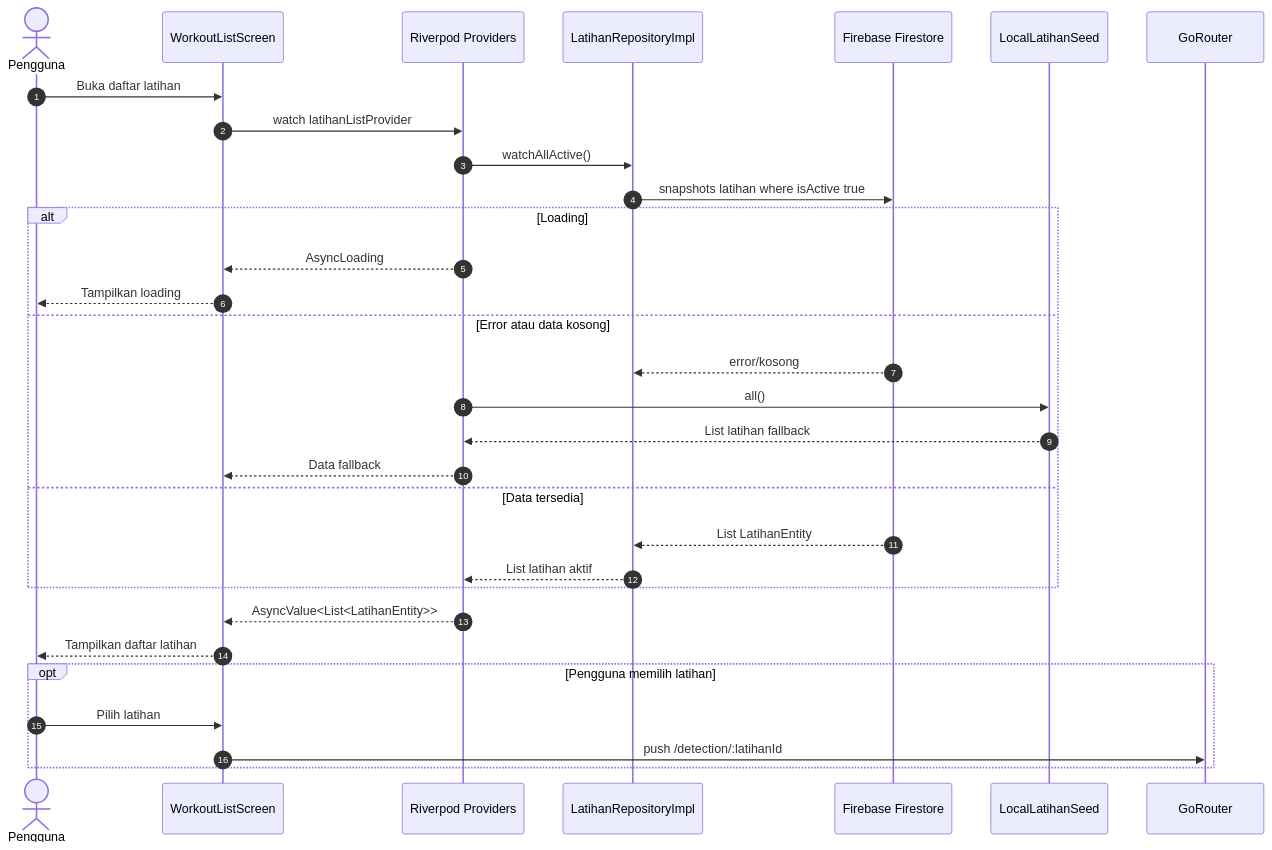
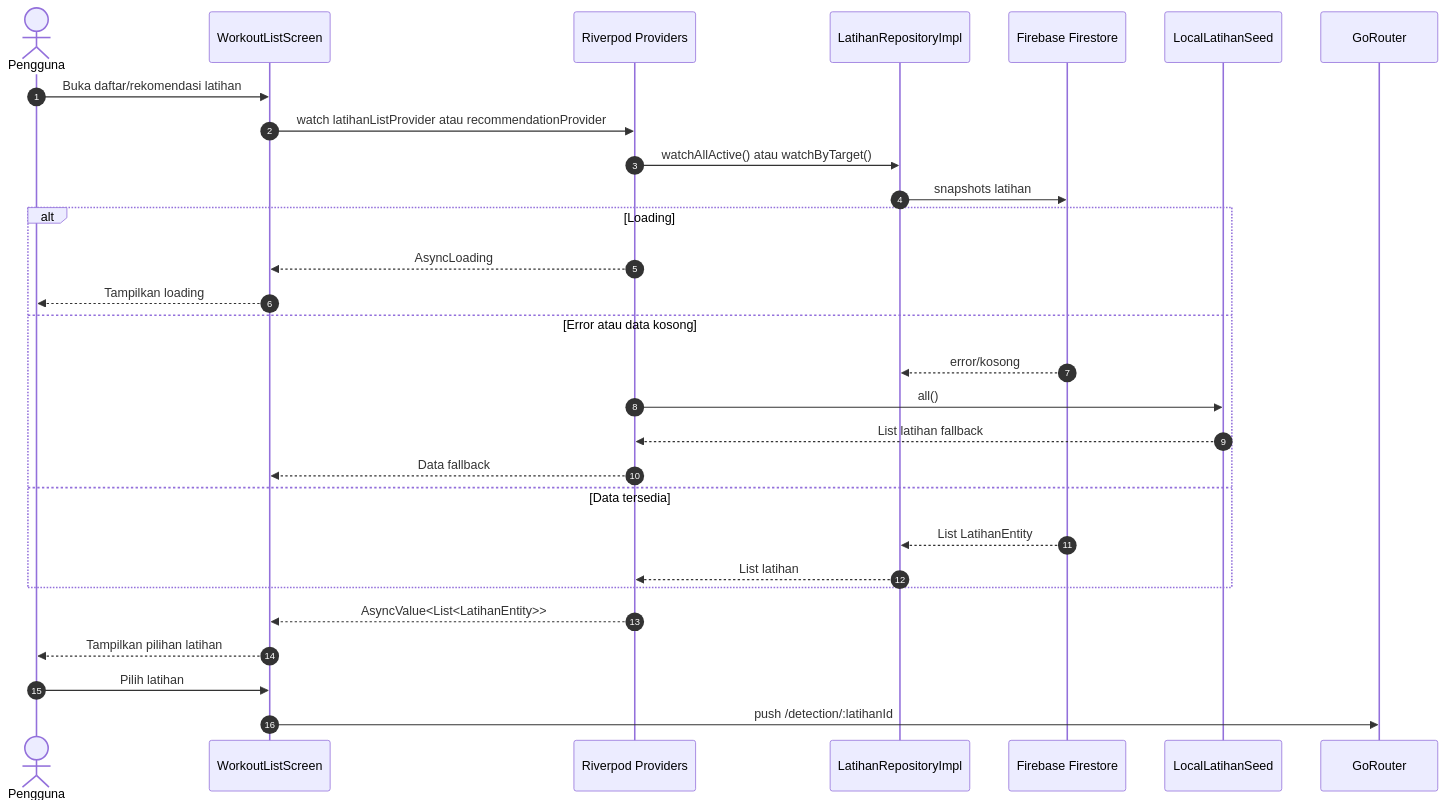
One commit to arifrachmatdx/Kinetra changed diagram 20 of 24 in docs/uml.md. Above: the diagram before and after it, drawn with Mermaid. The commit also changed other lines of this file and 1 other file, not shown here.

Commit message:
docs: align UML diagrams with requested use cases

````diff
--- a/docs/uml.md
+++ b/docs/uml.md
@@ -1025,34 +1051,32 @@
 ```mermaid
 sequenceDiagram
     autonumber
     actor User as Pengguna
     participant WorkoutList as WorkoutListScreen
     participant Providers as Riverpod Providers
     participant LatihanRepo as LatihanRepositoryImpl
     participant Firestore as Firebase Firestore
     participant LocalSeed as LocalLatihanSeed
     participant Router as GoRouter
 
-    User->>WorkoutList: Buka daftar latihan
-    WorkoutList->>Providers: watch latihanListProvider
-    Providers->>LatihanRepo: watchAllActive()
-    LatihanRepo->>Firestore: snapshots latihan where isActive true
+    User->>WorkoutList: Buka daftar/rekomendasi latihan
+    WorkoutList->>Providers: watch latihanListProvider atau recommendationProvider
+    Providers->>LatihanRepo: watchAllActive() atau watchByTarget()
+    LatihanRepo->>Firestore: snapshots latihan
     alt Loading
         Providers-->>WorkoutList: AsyncLoading
         WorkoutList-->>User: Tampilkan loading
     else Error atau data kosong
         Firestore-->>LatihanRepo: error/kosong
         Providers->>LocalSeed: all()
         LocalSeed-->>Providers: List latihan fallback
         Providers-->>WorkoutList: Data fallback
     else Data tersedia
         Firestore-->>LatihanRepo: List LatihanEntity
-        LatihanRepo-->>Providers: List latihan aktif
+        LatihanRepo-->>Providers: List latihan
     end
     Providers-->>WorkoutList: AsyncValue<List<LatihanEntity>>
-    WorkoutList-->>User: Tampilkan daftar latihan
-    opt Pengguna memilih latihan
-        User->>WorkoutList: Pilih latihan
-        WorkoutList->>Router: push /detection/:latihanId
-    end
+    WorkoutList-->>User: Tampilkan pilihan latihan
+    User->>WorkoutList: Pilih latihan
+    WorkoutList->>Router: push /detection/:latihanId
 ```
````
